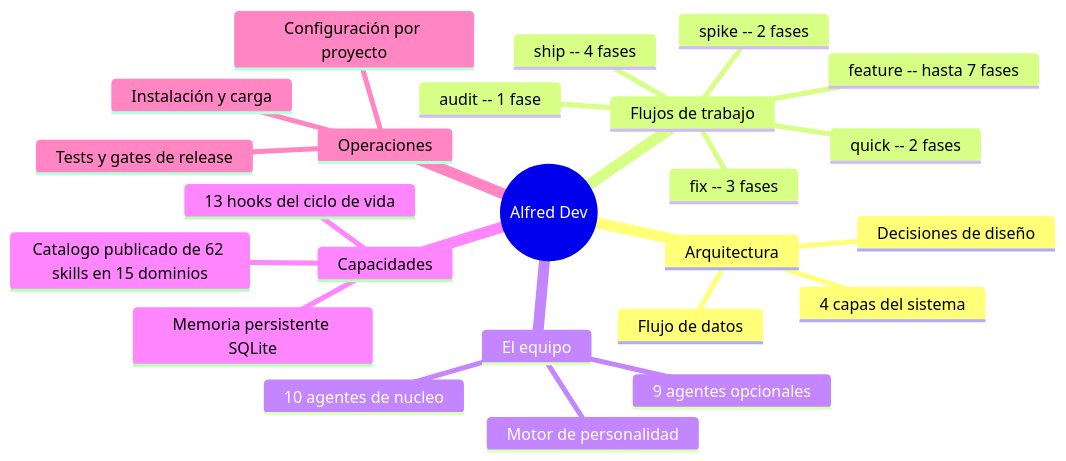
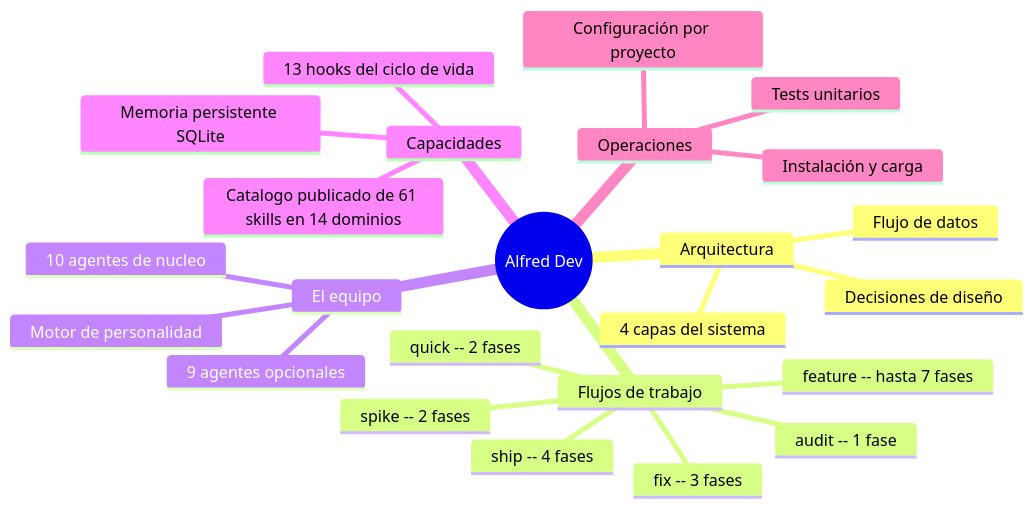
Before and after one commit to 686f6c61/alfred-dev: the diagram in docs/README.md, drawn with Mermaid. The commit also changed other lines of this file and 124 other files, not shown here.

````diff
--- a/docs/README.md
+++ b/docs/README.md
@@ -15,27 +17,27 @@
 ```mermaid
 mindmap
   root((Alfred Dev))
     Arquitectura
       4 capas del sistema
       Decisiones de diseño
       Flujo de datos
     Flujos de trabajo
       feature -- hasta 7 fases
       fix -- 3 fases
       spike -- 2 fases
       ship -- 4 fases
       audit -- 1 fase
       quick -- 2 fases
     El equipo
       10 agentes de nucleo
       9 agentes opcionales
       Motor de personalidad
     Capacidades
-      Catalogo publicado de 62 skills en 15 dominios
+      Catalogo publicado de 61 skills en 14 dominios
       13 hooks del ciclo de vida
       Memoria persistente SQLite
     Operaciones
       Instalación y carga
       Configuración por proyecto
-      Tests y gates de release
+      Tests unitarios
 ```
````
